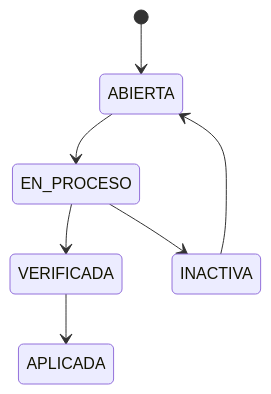
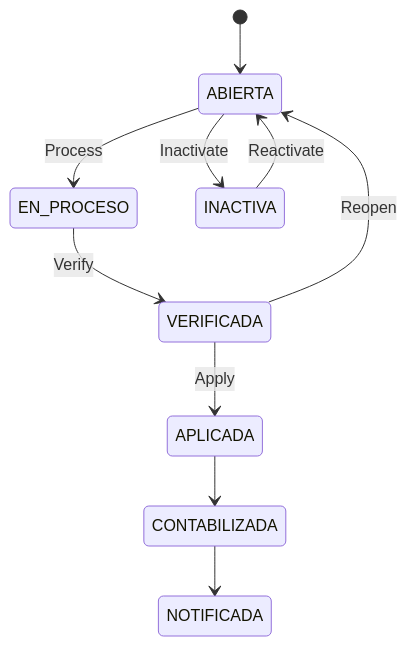
One commit to Robertoart13/NewKipital changed the diagram in docs/13-manual-usuario/05-PLANILLA-OPERATIVA.md. Above: the diagram before and after it, drawn with Mermaid. The commit also changed other lines of this file and 37 other files, not shown here.

````diff
--- a/docs/13-manual-usuario/05-PLANILLA-OPERATIVA.md
+++ b/docs/13-manual-usuario/05-PLANILLA-OPERATIVA.md
@@ -11,9 +16,12 @@
 ```mermaid
 stateDiagram-v2
   [*] --> ABIERTA
-  ABIERTA --> EN_PROCESO
-  EN_PROCESO --> VERIFICADA
-  VERIFICADA --> APLICADA
-  EN_PROCESO --> INACTIVA
-  INACTIVA --> ABIERTA
+  ABIERTA --> EN_PROCESO: Process
+  EN_PROCESO --> VERIFICADA: Verify
+  VERIFICADA --> APLICADA: Apply
+  APLICADA --> CONTABILIZADA
+  CONTABILIZADA --> NOTIFICADA
+  ABIERTA --> INACTIVA: Inactivate
+  VERIFICADA --> ABIERTA: Reopen
+  INACTIVA --> ABIERTA: Reactivate
 ```
````
